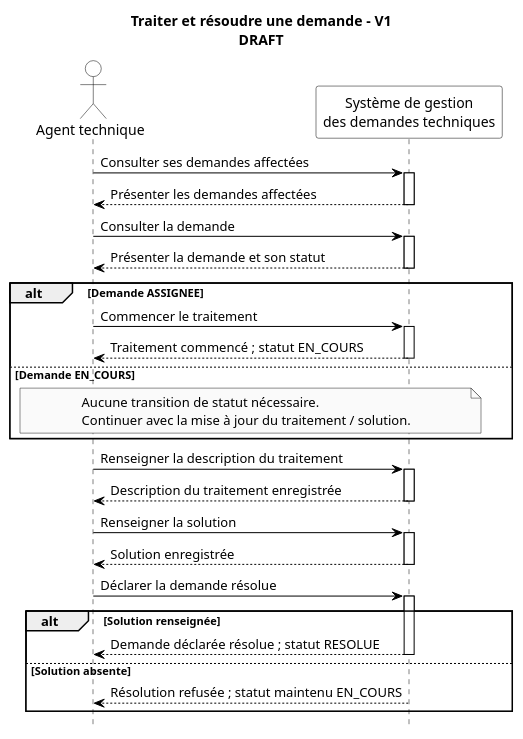
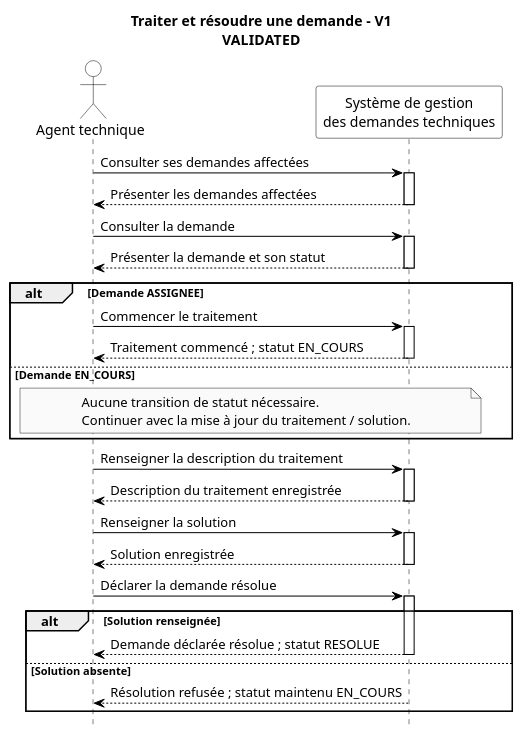
The diagram in docs/uml/sequence/process-resolve-request-v1.puml (akrouty/gestion-demandes-techniques), drawn with PlantUML before and after one commit. The commit also changed 8 other files, not shown here.

```diff
--- a/docs/uml/sequence/process-resolve-request-v1.puml
+++ b/docs/uml/sequence/process-resolve-request-v1.puml
@@ -1,78 +1,78 @@
 @startuml
 
-' Statut : DRAFT
-title Traiter et résoudre une demande - V1\nDRAFT
+' Statut : VALIDATED
+title Traiter et résoudre une demande - V1\nVALIDATED
 
 hide footbox
 ' PlantUML affiche nativement les gardes des fragments entre crochets.
 skinparam monochrome true
 skinparam shadowing false
 skinparam backgroundColor white
 skinparam sequence {
   ArrowColor black
   ActorBorderColor black
   ActorBackgroundColor white
   ActorFontColor black
   ParticipantBorderColor black
   ParticipantBackgroundColor white
   ParticipantFontColor black
   LifeLineBorderColor black
   LifeLineBackgroundColor white
   GroupBorderColor black
   GroupHeaderFontColor black
   GroupBodyBackgroundColor white
 }
 
 actor "Agent technique" as AGENT
 participant "Système de gestion\ndes demandes techniques" as SYSTEM
 
 AGENT -> SYSTEM : Consulter ses demandes affectées
 activate SYSTEM
 SYSTEM --> AGENT : Présenter les demandes affectées
 deactivate SYSTEM
 
 AGENT -> SYSTEM : Consulter la demande
 activate SYSTEM
 SYSTEM --> AGENT : Présenter la demande et son statut
 deactivate SYSTEM
 
 ' Garde UML : [Demande ASSIGNEE]
 
 alt Demande ASSIGNEE
   AGENT -> SYSTEM : Commencer le traitement
   activate SYSTEM
   SYSTEM --> AGENT : Traitement commencé ; statut EN_COURS
   deactivate SYSTEM
 ' Garde UML : [Demande EN_COURS]
 else Demande EN_COURS
   note over AGENT, SYSTEM
     Aucune transition de statut nécessaire.
     Continuer avec la mise à jour du traitement / solution.
   end note
 end
 
 AGENT -> SYSTEM : Renseigner la description du traitement
 activate SYSTEM
 SYSTEM --> AGENT : Description du traitement enregistrée
 deactivate SYSTEM
 
 AGENT -> SYSTEM : Renseigner la solution
 activate SYSTEM
 SYSTEM --> AGENT : Solution enregistrée
 deactivate SYSTEM
 
 AGENT -> SYSTEM : Déclarer la demande résolue
 activate SYSTEM
 
 ' Garde UML : [Solution renseignée]
 
 alt Solution renseignée
   SYSTEM --> AGENT : Demande déclarée résolue ; statut RESOLUE
   deactivate SYSTEM
 ' Garde UML : [Solution absente]
 else Solution absente
   SYSTEM --> AGENT : Résolution refusée ; statut maintenu EN_COURS
   deactivate SYSTEM
 end
 
 @enduml
```
